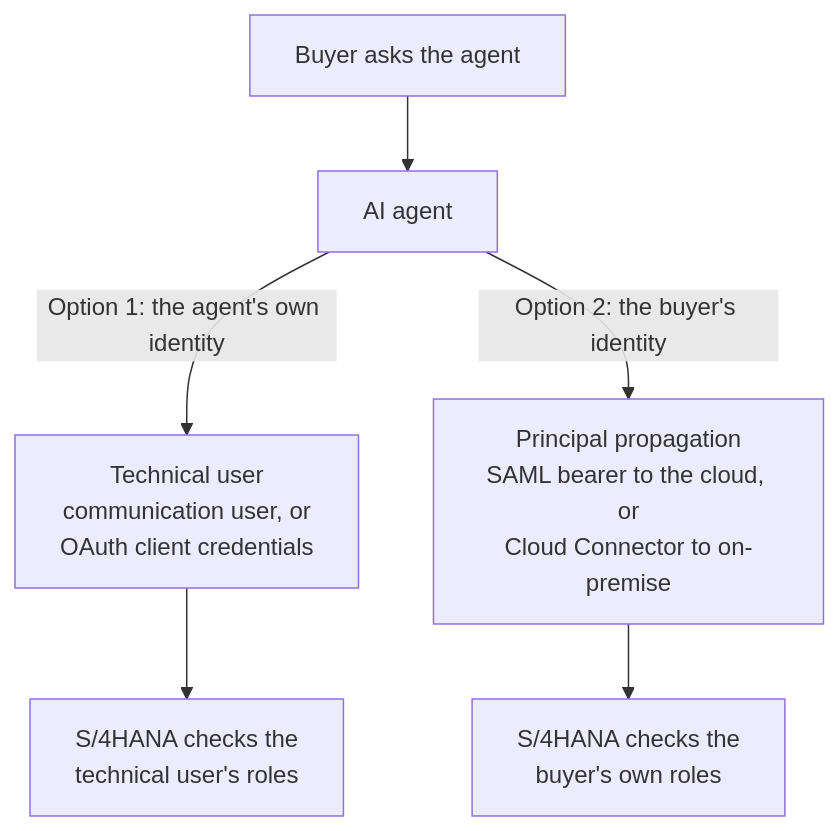
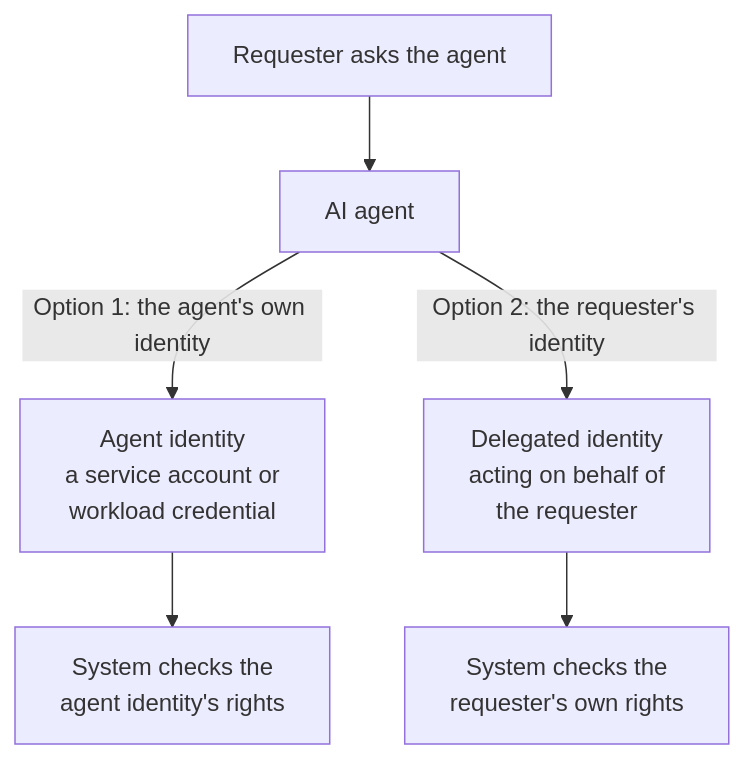
Before and after one commit to Lamiv/Lamiv.github.io: the diagram in blog/designing-agency-3-whose-authority.md, drawn with Mermaid. The commit also changed other lines of this file and 35 other files, not shown here.

````diff
--- a/blog/designing-agency-3-whose-authority.md
+++ b/blog/designing-agency-3-whose-authority.md
@@ -21,8 +23,8 @@
 ```mermaid
 flowchart TD
-    B["Buyer asks the agent"] --> A["AI agent"]
-    A -->|"Option 1: the agent's own identity"| T["Technical user<br/>communication user, or<br/>OAuth client credentials"]
-    A -->|"Option 2: the buyer's identity"| P["Principal propagation<br/>SAML bearer to the cloud, or<br/>Cloud Connector to on-premise"]
-    T --> S1["S/4HANA checks the<br/>technical user's roles"]
-    P --> S2["S/4HANA checks the<br/>buyer's own roles"]
+    B["Requester asks the agent"] --> A["AI agent"]
+    A -->|"Option 1: the agent's own identity"| T["Agent identity<br/>a service account or<br/>workload credential"]
+    A -->|"Option 2: the requester's identity"| P["Delegated identity<br/>acting on behalf of<br/>the requester"]
+    T --> S1["System checks the<br/>agent identity's rights"]
+    P --> S2["System checks the<br/>requester's own rights"]
 ```
````
